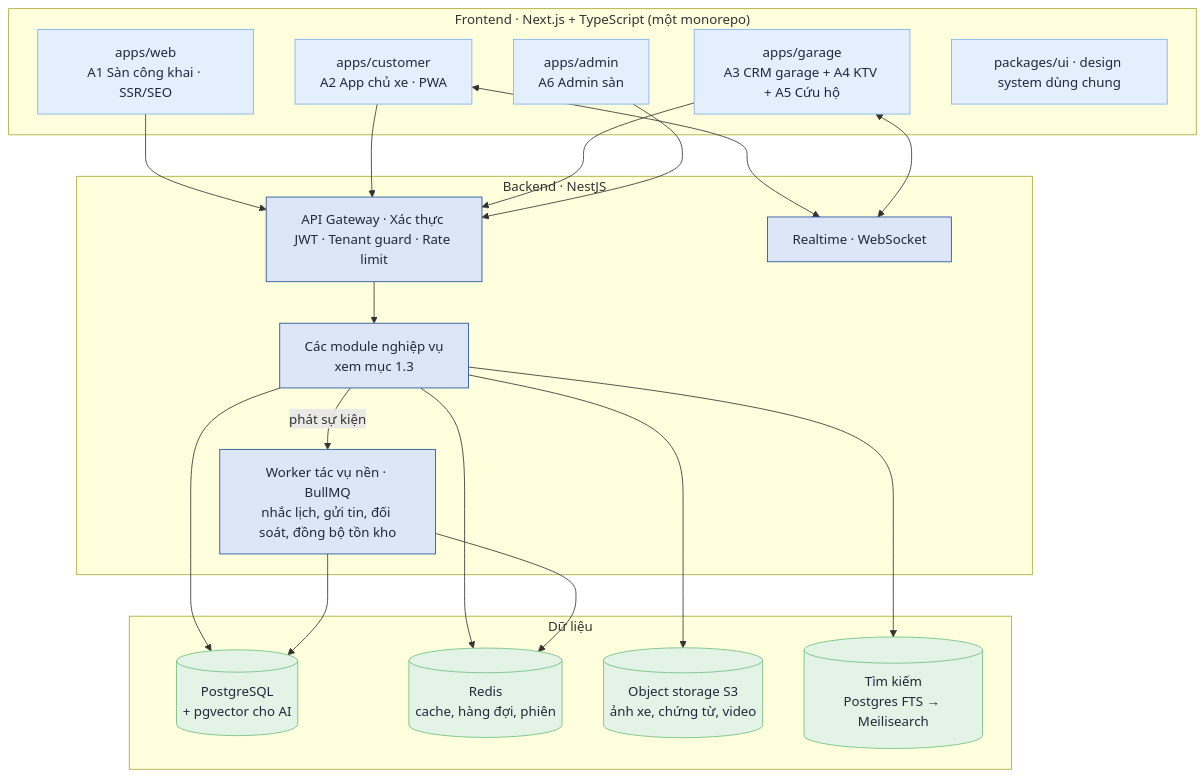
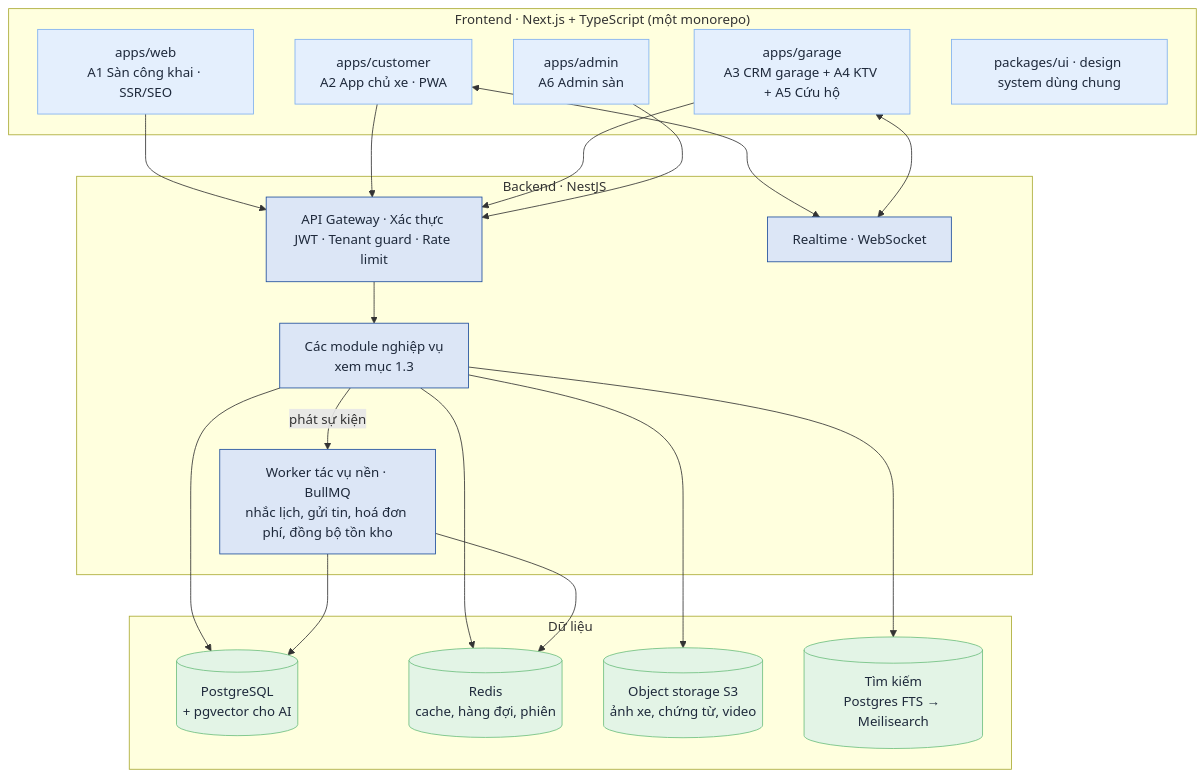
The second of 3 diagrams in docs/01-tong-quan-he-thong.md (south93/cardiy-crm), drawn with Mermaid before and after one commit. The commit also changed other lines of this file and 9 other files, not shown here.

````diff
--- a/docs/01-tong-quan-he-thong.md
+++ b/docs/01-tong-quan-he-thong.md
@@ -52,35 +54,35 @@
 ```mermaid
 flowchart TB
   classDef app fill:#e4effd,stroke:#7fb0ef,color:#1e293b
   classDef svc fill:#dce6f6,stroke:#1f4e9c,color:#1e293b
   classDef data fill:#e3f4e6,stroke:#6fbf7f,color:#1e293b
 
   subgraph FE["Frontend · Next.js + TypeScript (một monorepo)"]
     W1["apps/web<br/>A1 Sàn công khai · SSR/SEO"]:::app
     W2["apps/customer<br/>A2 App chủ xe · PWA"]:::app
     W3["apps/garage<br/>A3 CRM garage + A4 KTV + A5 Cứu hộ"]:::app
     W4["apps/admin<br/>A6 Admin sàn"]:::app
     UI["packages/ui · design system dùng chung"]:::app
   end
 
   subgraph BE["Backend · NestJS"]
     GW["API Gateway · Xác thực JWT · Tenant guard · Rate limit"]:::svc
     WS["Realtime · WebSocket"]:::svc
-    JOB["Worker tác vụ nền · BullMQ<br/>nhắc lịch, gửi tin, đối soát, đồng bộ tồn kho"]:::svc
+    JOB["Worker tác vụ nền · BullMQ<br/>nhắc lịch, gửi tin, hoá đơn phí, đồng bộ tồn kho"]:::svc
     MOD["Các module nghiệp vụ<br/>xem mục 1.3"]:::svc
   end
 
   subgraph DATA["Dữ liệu"]
     PG[("PostgreSQL<br/>+ pgvector cho AI")]:::data
     RD[("Redis<br/>cache, hàng đợi, phiên")]:::data
     S3[("Object storage S3<br/>ảnh xe, chứng từ, video")]:::data
     SE[("Tìm kiếm<br/>Postgres FTS → Meilisearch")]:::data
   end
 
   W1 & W2 & W3 & W4 --> GW
   W2 & W3 <--> WS
   GW --> MOD
   MOD --> PG & RD & S3 & SE
   JOB --> PG & RD
   MOD -->|"phát sự kiện"| JOB
 ```
````
